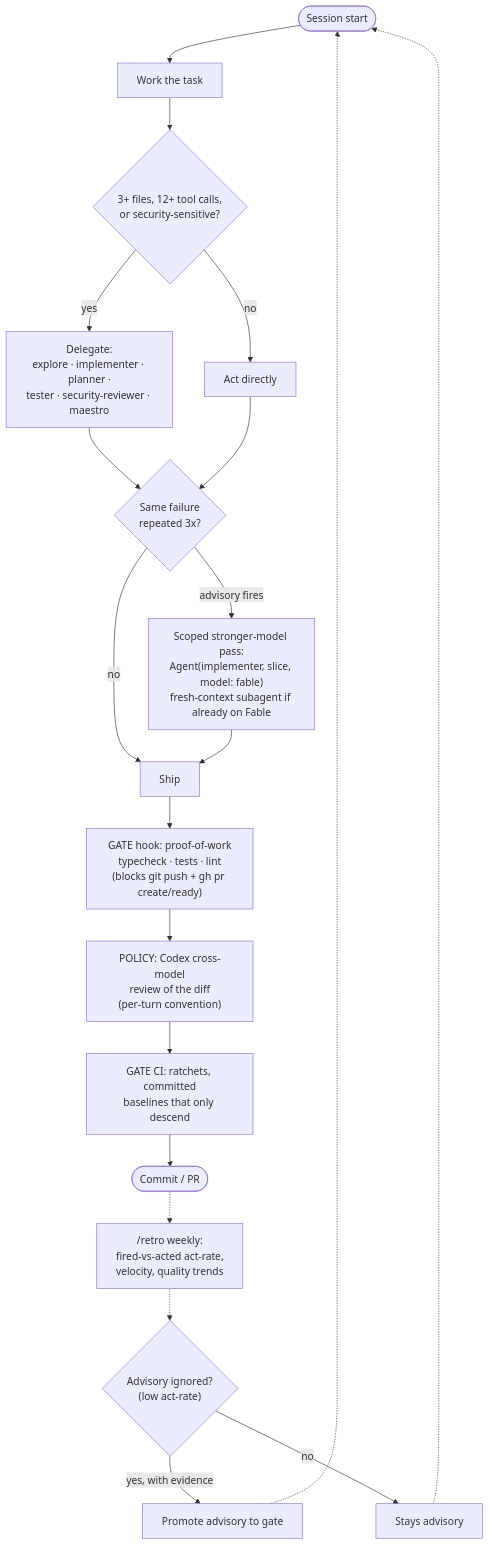
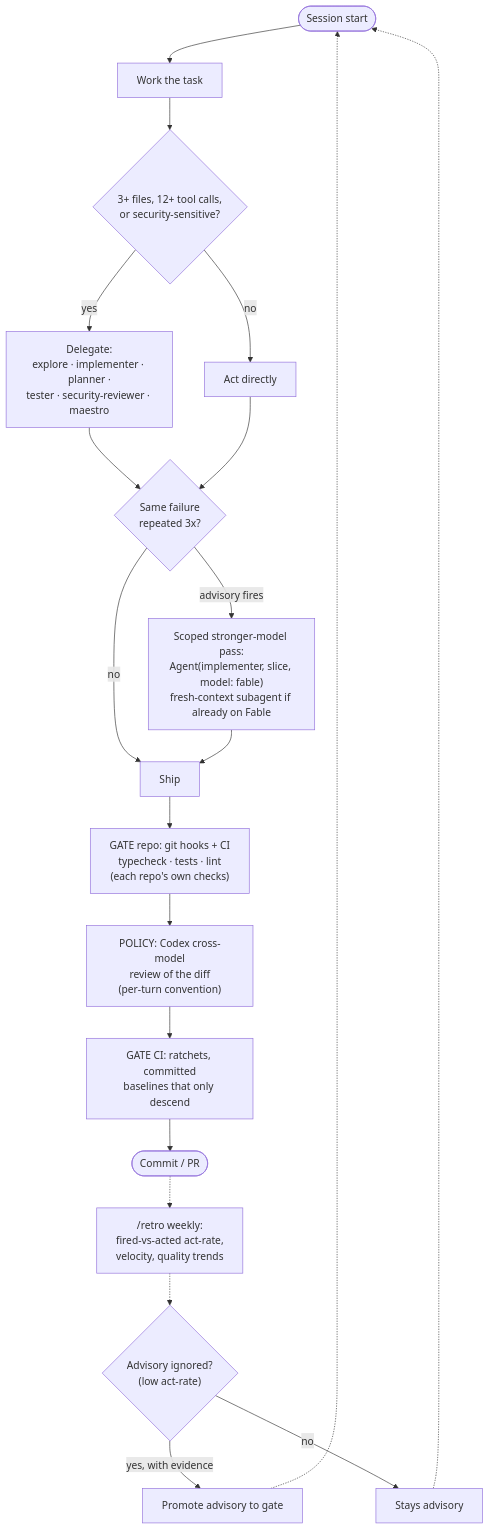
One commit to darkroomengineering/cc-settings changed the diagram in docs/the-flow.md. Above: the diagram before and after it, drawn with Mermaid. The commit also changed other lines of this file and 35 other files, not shown here.

First line of the commit message:
feat(v15.77.0): drop agent-side proof gates and unread bookkeeping hooks (#244)

````diff
--- a/docs/the-flow.md
+++ b/docs/the-flow.md
@@ -5,22 +5,22 @@
 ```mermaid
 flowchart TB
     A([Session start]) --> B[Work the task]
     B --> C{"3+ files, 12+ tool calls,<br/>or security-sensitive?"}
     C -- yes --> D["Delegate:<br/>explore · implementer · planner ·<br/>tester · security-reviewer · maestro"]
     C -- no --> E[Act directly]
     D --> F{"Same failure<br/>repeated 3x?"}
     E --> F
     F -- "advisory fires" --> G["Scoped stronger-model pass:<br/>Agent(implementer, slice, model: fable)<br/>fresh-context subagent if already on Fable"]
     F -- no --> H
     G --> H[Ship]
-    H --> I["GATE hook: proof-of-work<br/>typecheck · tests · lint<br/>(blocks git push + gh pr create/ready)"]
+    H --> I["GATE repo: git hooks + CI<br/>typecheck · tests · lint<br/>(each repo's own checks)"]
     I --> J["POLICY: Codex cross-model<br/>review of the diff<br/>(per-turn convention)"]
     J --> K["GATE CI: ratchets, committed<br/>baselines that only descend"]
     K --> L([Commit / PR])
     L -.-> M["/retro weekly:<br/>fired-vs-acted act-rate,<br/>velocity, quality trends"]
     M -.-> N{"Advisory ignored?<br/>(low act-rate)"}
     N -- "yes, with evidence" --> O["Promote advisory to gate"]
     N -- no --> P[Stays advisory]
     O -.-> A
     P -.-> A
 ```
````
